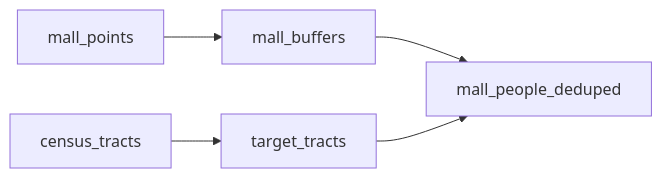
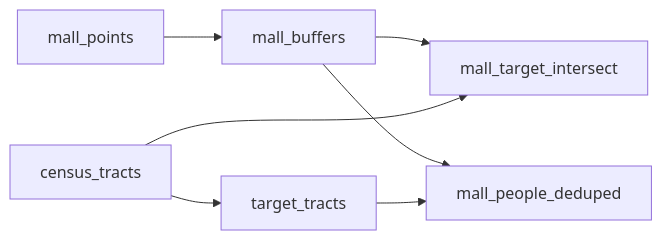
One commit to kielni/alidade changed the diagram in projects/lab4/README.md. Above: the diagram before and after it, drawn with Mermaid. The commit also changed other lines of this file and 8 other files, not shown here.

````diff
--- a/projects/lab4/README.md
+++ b/projects/lab4/README.md
@@ -40,7 +47,9 @@
 ```mermaid
 flowchart LR
     mall_points --> mall_buffers
     census_tracts --> target_tracts
+    mall_buffers --> mall_target_intersect
+    census_tracts --> mall_target_intersect
     mall_buffers --> mall_people_deduped
     target_tracts --> mall_people_deduped
 ```
````
